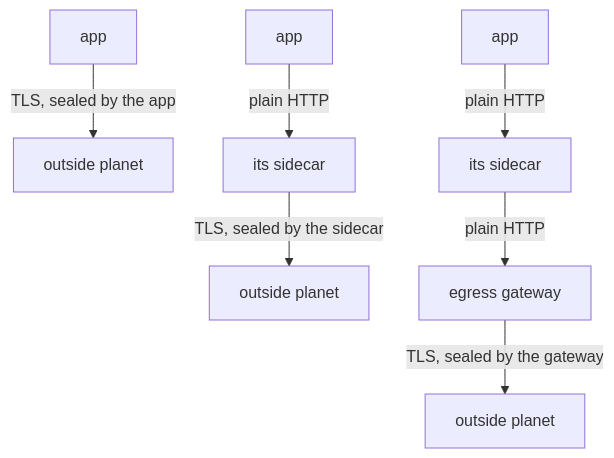
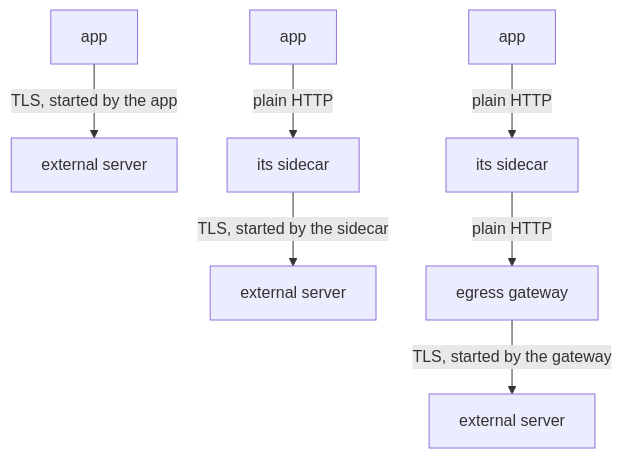
The diagram in sections/section-040/module-04/course-01-who-seals-the-signal.md (astrona-io/ATS015), drawn with Mermaid before and after one commit. The commit also changed other lines of this file and 20 other files, not shown here.

````diff
--- a/sections/section-040/module-04/course-01-who-seals-the-signal.md
+++ b/sections/section-040/module-04/course-01-who-seals-the-signal.md
@@ -67,9 +67,9 @@
 ```mermaid
 flowchart TB
-    A1["app"] -->|"TLS, sealed by the app"| X1["outside planet"]
+    A1["app"] -->|"TLS, started by the app"| X1["external server"]
     A2["app"] -->|"plain HTTP"| S2["its sidecar"]
-    S2 -->|"TLS, sealed by the sidecar"| X2["outside planet"]
+    S2 -->|"TLS, started by the sidecar"| X2["external server"]
     A3["app"] -->|"plain HTTP"| S3["its sidecar"]
     S3 -->|"plain HTTP"| G3["egress gateway"]
-    G3 -->|"TLS, sealed by the gateway"| X3["outside planet"]
+    G3 -->|"TLS, started by the gateway"| X3["external server"]
 ```
````
